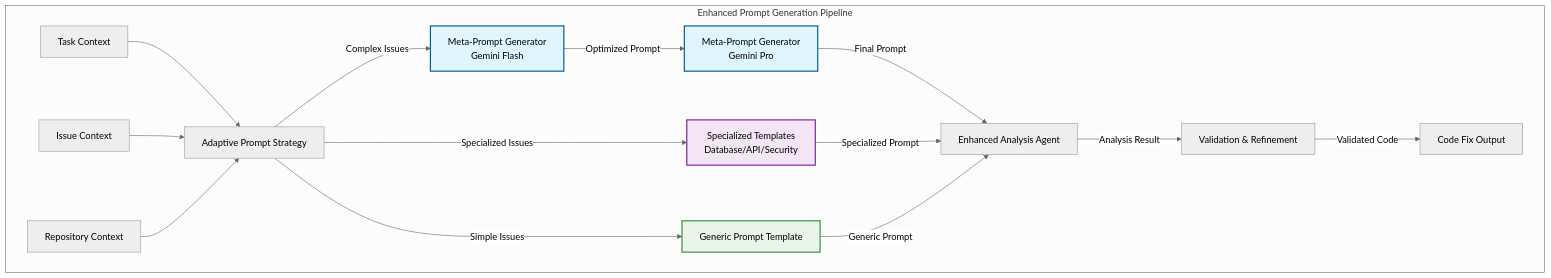
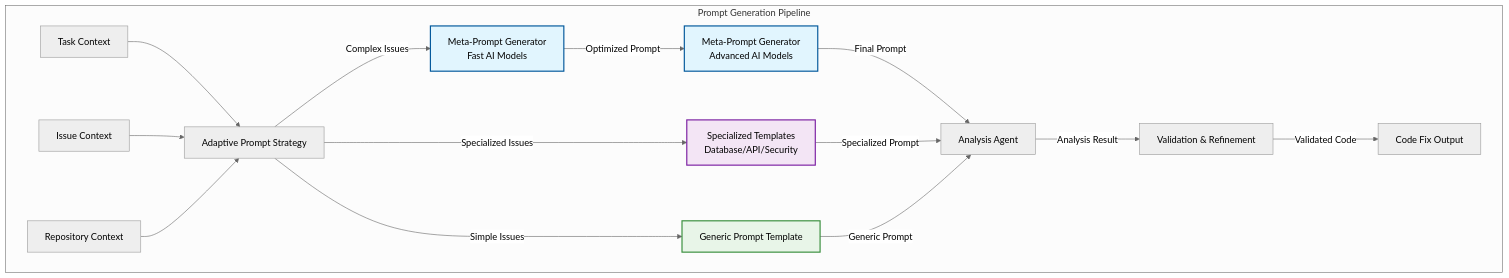
One commit to avivl/cloud-sre-agent changed the second of 5 diagrams in README.md. Above: the diagram before and after it, drawn with Mermaid (neutral theme). The commit also changed other lines of this file and 28 other files, not shown here.

````diff
--- a/README.md
+++ b/README.md
@@ -152,28 +168,28 @@
 ```mermaid
 graph TB
-    subgraph "Enhanced Prompt Generation Pipeline"
+    subgraph "Prompt Generation Pipeline"
         TC[Task Context] --> APS[Adaptive Prompt Strategy]
         IC[Issue Context] --> APS
         RC[Repository Context] --> APS
 
-        APS --> |Complex Issues| MPG[Meta-Prompt Generator<br/>Gemini Flash]
+        APS --> |Complex Issues| MPG[Meta-Prompt Generator<br/>Fast AI Models]
         APS --> |Specialized Issues| SPT[Specialized Templates<br/>Database/API/Security]
         APS --> |Simple Issues| GPT[Generic Prompt Template]
 
-        MPG --> |Optimized Prompt| MPG2[Meta-Prompt Generator<br/>Gemini Pro]
-        MPG2 --> |Final Prompt| EAA[Enhanced Analysis Agent]
+        MPG --> |Optimized Prompt| MPG2[Meta-Prompt Generator<br/>Advanced AI Models]
+        MPG2 --> |Final Prompt| EAA[Analysis Agent]
         SPT --> |Specialized Prompt| EAA
         GPT --> |Generic Prompt| EAA
 
         EAA --> |Analysis Result| VAL[Validation & Refinement]
         VAL --> |Validated Code| OUT[Code Fix Output]
     end
 
     classDef metaPrompt fill:#e1f5fe,stroke:#01579b,stroke-width:2px
     classDef specialized fill:#f3e5f5,stroke:#7b1fa2,stroke-width:2px
     classDef generic fill:#e8f5e8,stroke:#388e3c,stroke-width:2px
 
     class MPG,MPG2 metaPrompt
     class SPT specialized
     class GPT generic
 ```
````
